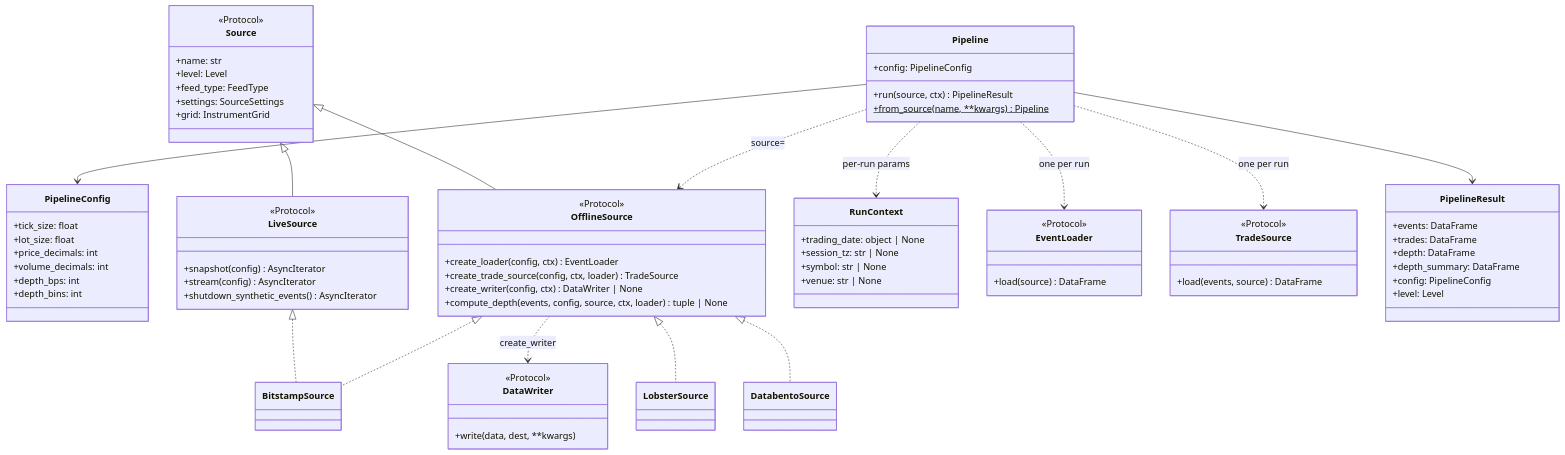
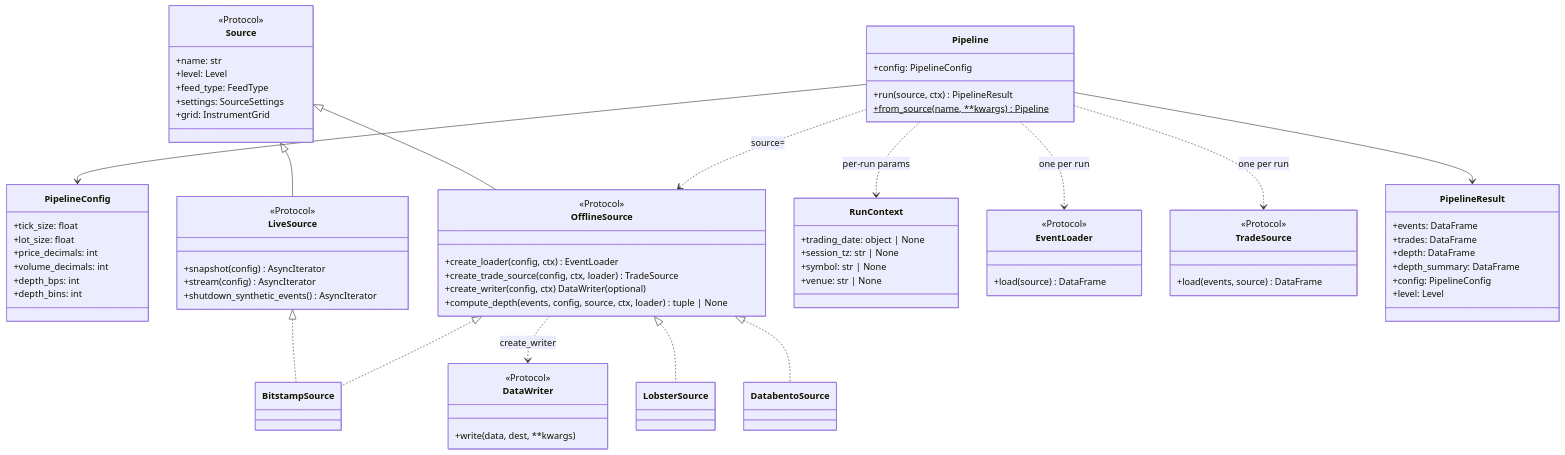
Before and after one commit to mczielinski/ob-analytics: the diagram in ARCHITECTURE.md, drawn with Mermaid. The commit also changed 19 other files, not shown here.

```diff
--- a/ARCHITECTURE.md
+++ b/ARCHITECTURE.md
@@ -144,7 +144,7 @@
         <<Protocol>>
         +create_loader(config, ctx) EventLoader
         +create_trade_source(config, ctx, loader) TradeSource
-        +create_writer(config, ctx) DataWriter | None
+        +create_writer(config, ctx) DataWriter (optional)
         +compute_depth(events, config, source, ctx, loader) tuple | None
     }
     class LiveSource {
```
